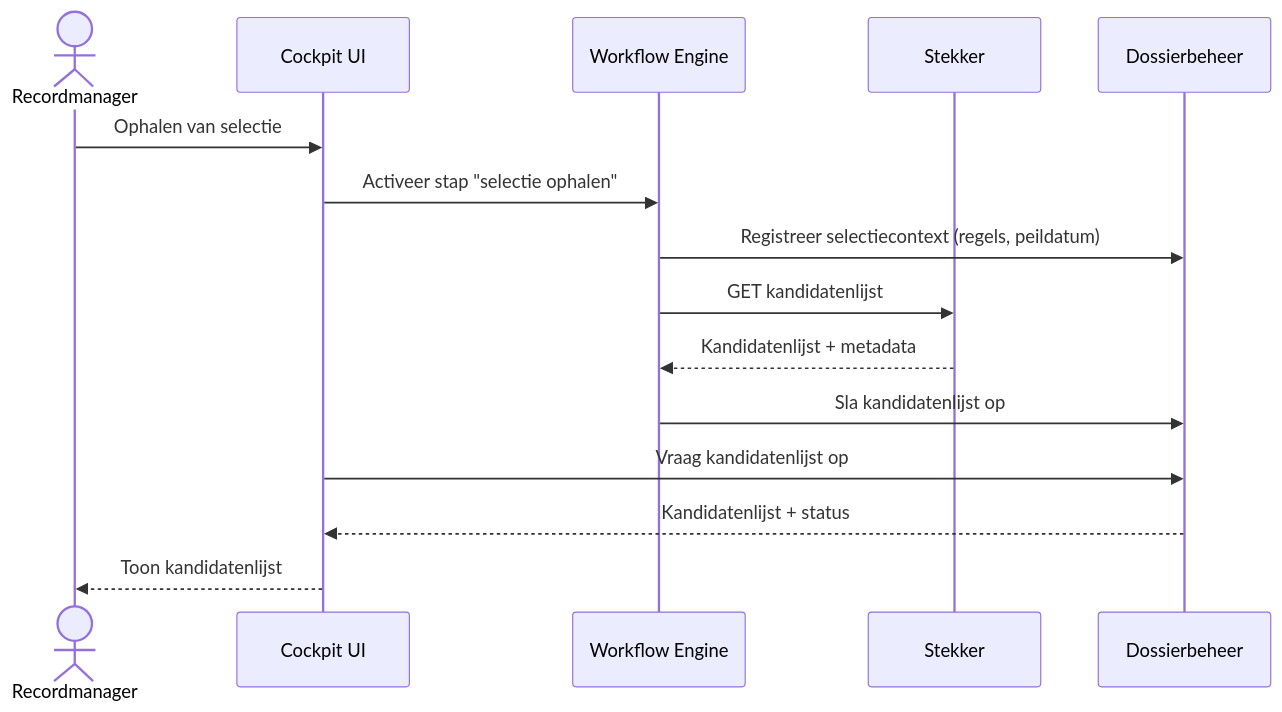
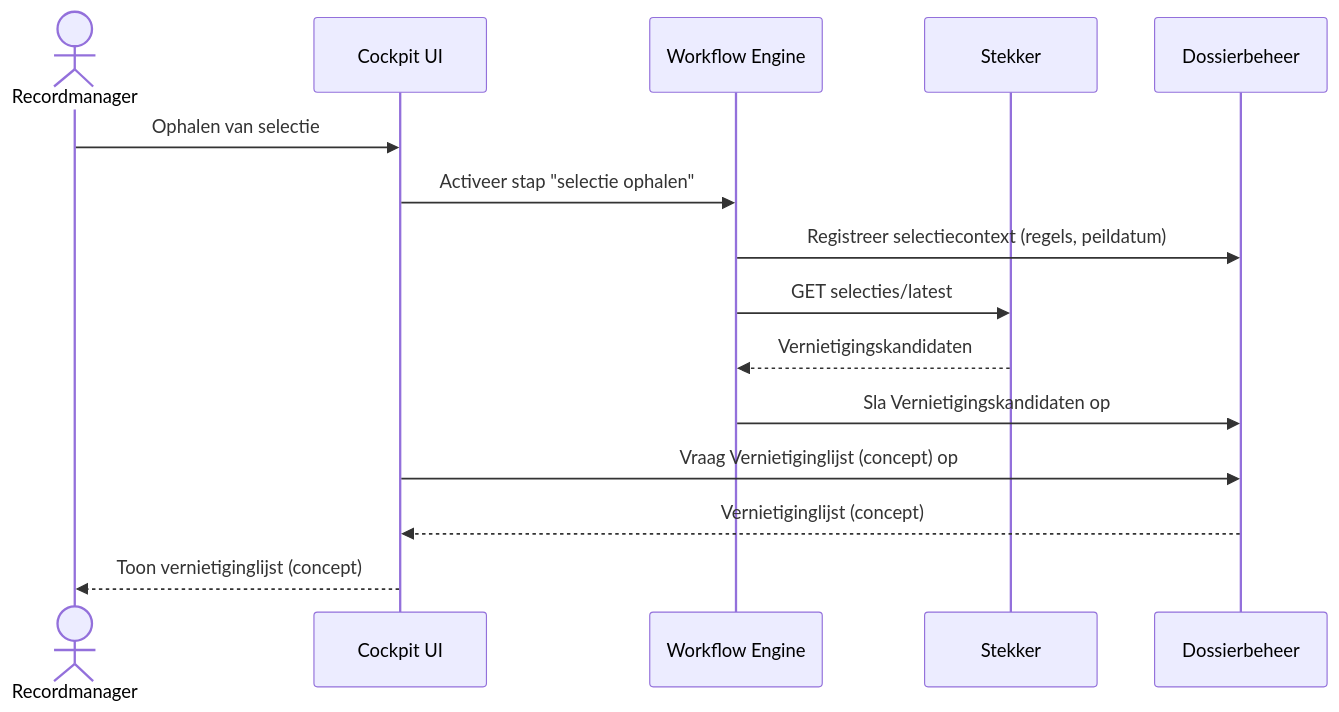
One commit to GemeenteArnhem/Vernietigingscockpit changed the second of 11 diagrams in architectuur/sequence-diagrammen.md. Above: the diagram before and after it, drawn with Mermaid. The commit also changed other lines of this file and 48 other files, not shown here.

````diff
--- a/architectuur/sequence-diagrammen.md
+++ b/architectuur/sequence-diagrammen.md
@@ -39,21 +39,21 @@
 ```mermaid
 sequenceDiagram
     actor RM as Recordmanager
     participant UI as Cockpit UI
     participant WF as Workflow Engine
     participant Stekker
     participant D as Dossierbeheer
 
     RM ->> UI: Ophalen van selectie
     UI ->> WF: Activeer stap "selectie ophalen"
 
     WF ->> D: Registreer selectiecontext (regels, peildatum)
-    WF ->> Stekker: GET kandidatenlijst
+    WF ->> Stekker: GET selecties/latest
 
-    Stekker -->> WF: Kandidatenlijst + metadata
-    WF ->> D: Sla kandidatenlijst op
+    Stekker -->> WF: Vernietigingskandidaten
+    WF ->> D: Sla Vernietigingskandidaten op
 
-    UI ->> D: Vraag kandidatenlijst op
-    D -->> UI: Kandidatenlijst + status
-    UI -->> RM: Toon kandidatenlijst
+    UI ->> D: Vraag Vernietiginglijst (concept) op
+    D -->> UI: Vernietiginglijst (concept)
+    UI -->> RM: Toon vernietiginglijst (concept)
 ```
````
